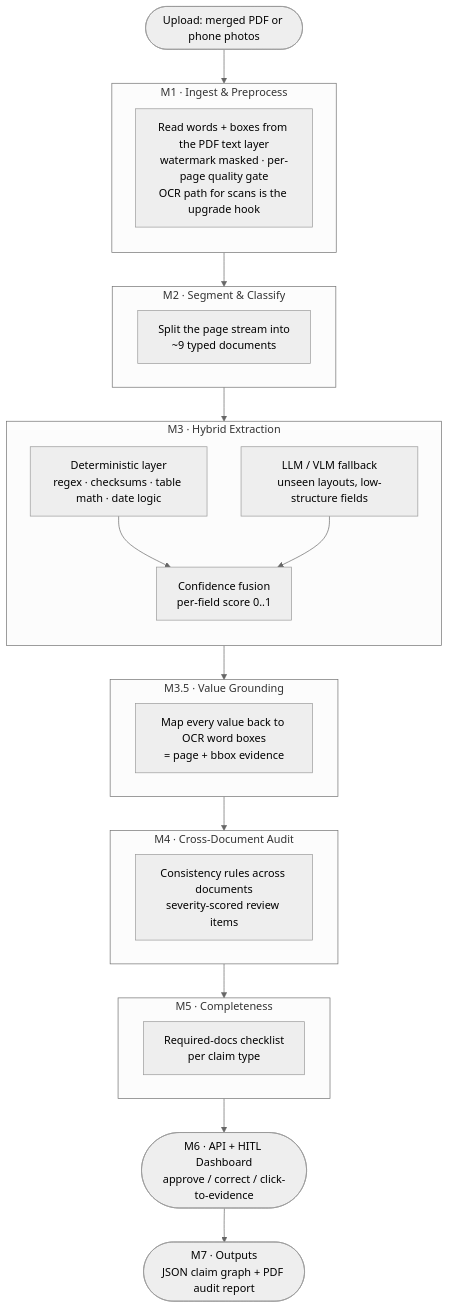
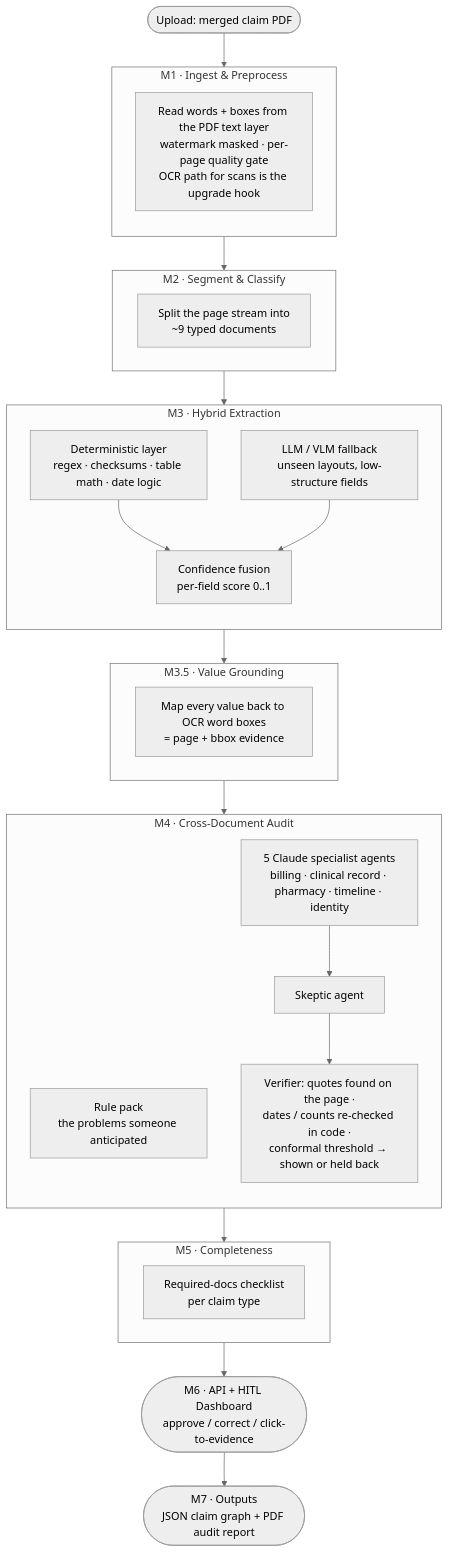
The first of 2 diagrams in README.md (Kunal-Srivastava1911/Mediproof), drawn with Mermaid (neutral theme) before and after one commit. The commit also changed other lines of this file and 3 other files, not shown here.

````diff
--- a/README.md
+++ b/README.md
@@ -42,40 +47,45 @@
 ```mermaid
 flowchart TD
-    A([Upload: merged PDF or phone photos]) --> M1
+    A([Upload: merged claim PDF]) --> M1
 
     subgraph M1 [M1 · Ingest &amp; Preprocess]
         direction TB
         B[Read words + boxes from the PDF text layer<br/>watermark masked · per-page quality gate<br/>OCR path for scans is the upgrade hook]
     end
 
     subgraph M2 [M2 · Segment &amp; Classify]
         C[Split the page stream into<br/>~9 typed documents]
     end
 
     subgraph M3 [M3 · Hybrid Extraction]
         direction TB
         D1[Deterministic layer<br/>regex · checksums · table math · date logic]
         D2[LLM / VLM fallback<br/>unseen layouts, low-structure fields]
         FUSE[Confidence fusion<br/>per-field score 0..1]
         D1 --> FUSE
         D2 --> FUSE
     end
 
     subgraph M35 [M3.5 · Value Grounding]
         E[Map every value back to OCR word boxes<br/>= page + bbox evidence]
     end
 
     subgraph M4 [M4 · Cross-Document Audit]
-        F[Consistency rules across documents<br/>severity-scored review items]
+        direction TB
+        F[Rule pack<br/>the problems someone anticipated]
+        AG[5 Claude specialist agents<br/>billing · clinical record · pharmacy · timeline · identity]
+        SK[Skeptic agent]
+        V[Verifier: quotes found on the page ·<br/>dates / counts re-checked in code ·<br/>conformal threshold → shown or held back]
+        AG --> SK --> V
     end
 
     subgraph M5 [M5 · Completeness]
         G[Required-docs checklist<br/>per claim type]
     end
 
     H([M6 · API + HITL Dashboard<br/>approve / correct / click-to-evidence]) 
     I([M7 · Outputs<br/>JSON claim graph + PDF audit report])
 
     M1 --> M2 --> M3
     FUSE --> M35 --> M4 --> M5 --> H --> I
 ```
````
